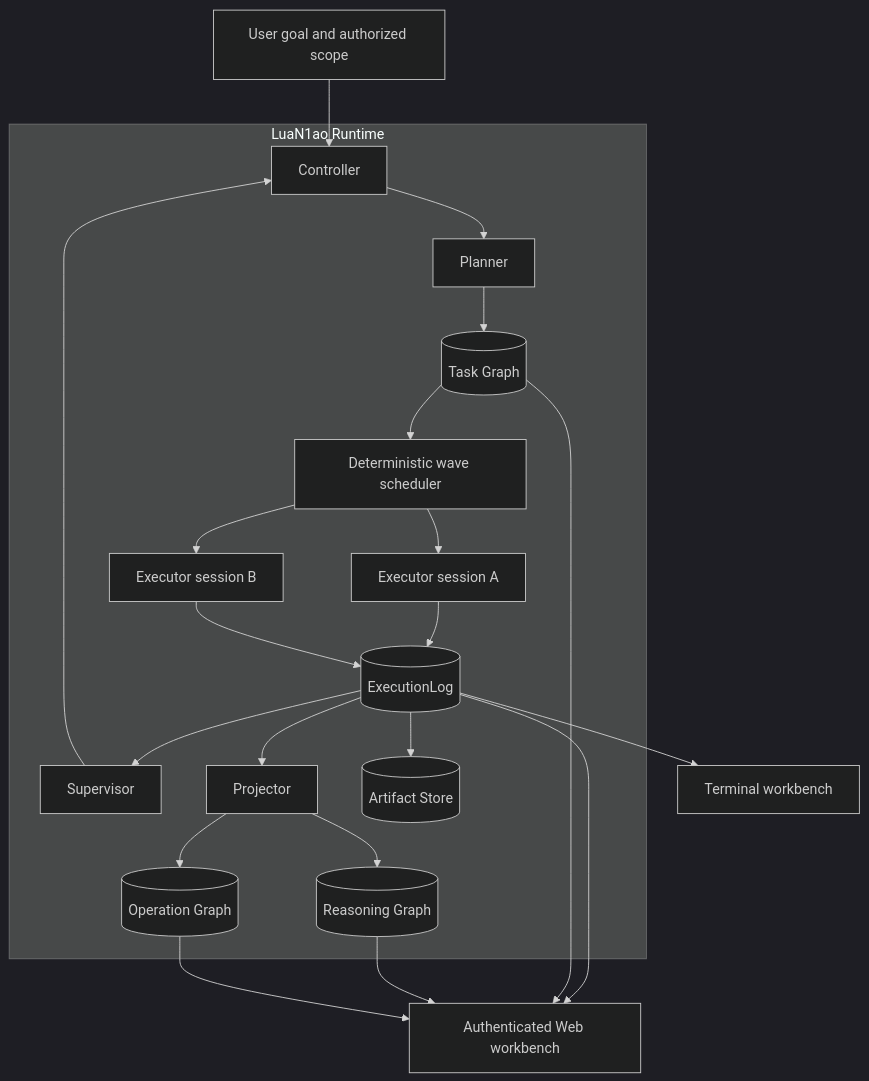
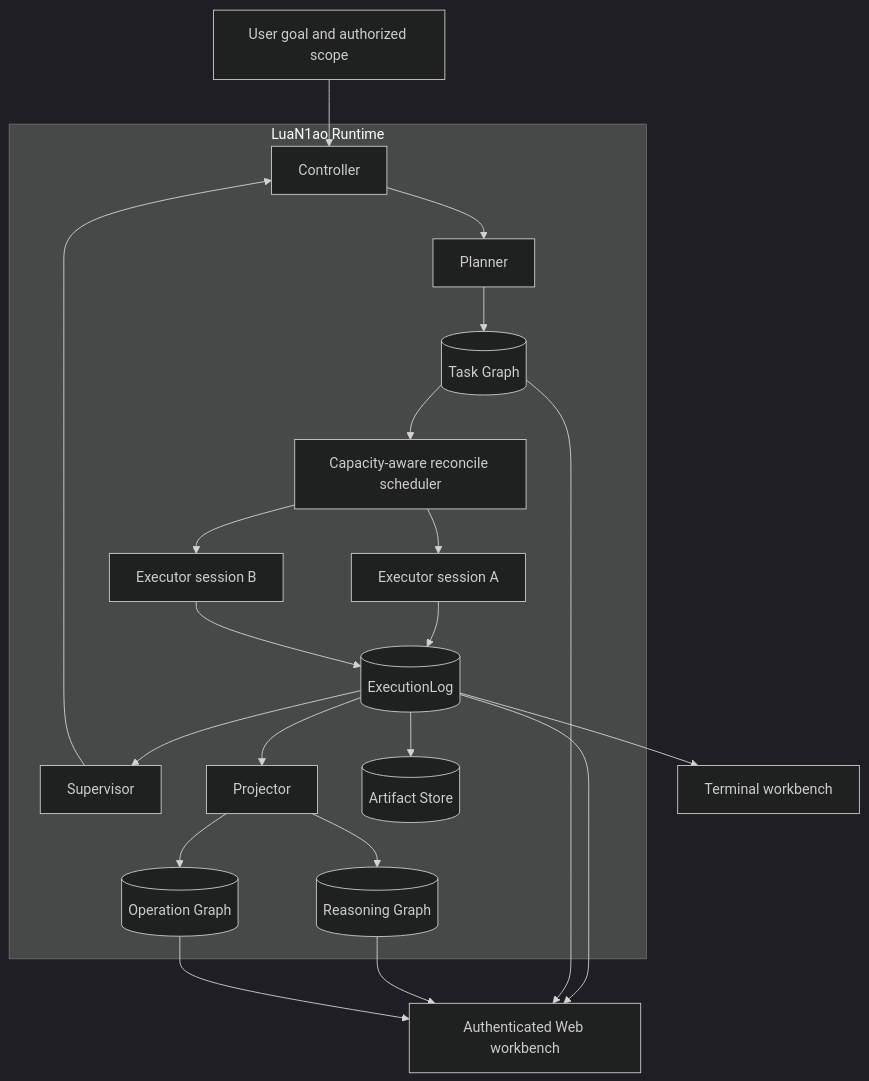
The third of 3 diagrams in README.md (Ikalovic/LuaN1aoAgent), drawn with Mermaid (dark theme) before and after one commit. The commit also changed other lines of this file and 105 other files, not shown here.

First line of the commit message:
feat: converge control flow, projection, and executor tooling

````diff
--- a/README.md
+++ b/README.md
@@ -394,26 +407,26 @@
 ```mermaid
 flowchart TB
     User[User goal and authorized scope] --> Controller
 
     subgraph Runtime[LuaN1ao Runtime]
         Controller --> Planner
         Planner --> TaskGraph[(Task Graph)]
-        TaskGraph --> Scheduler[Deterministic wave scheduler]
+        TaskGraph --> Scheduler[Capacity-aware reconcile scheduler]
         Scheduler --> ExecutorA[Executor session A]
         Scheduler --> ExecutorB[Executor session B]
         ExecutorA --> ExecutionLog[(ExecutionLog)]
         ExecutorB --> ExecutionLog
         ExecutionLog --> Supervisor
         ExecutionLog --> Projector
         Supervisor --> Controller
         Projector --> ReasoningGraph[(Reasoning Graph)]
         Projector --> OperationGraph[(Operation Graph)]
         ExecutionLog --> Artifacts[(Artifact Store)]
     end
 
     ExecutionLog --> TUI[Terminal workbench]
     ExecutionLog --> Web[Authenticated Web workbench]
     TaskGraph --> Web
     ReasoningGraph --> Web
     OperationGraph --> Web
 ```
````
